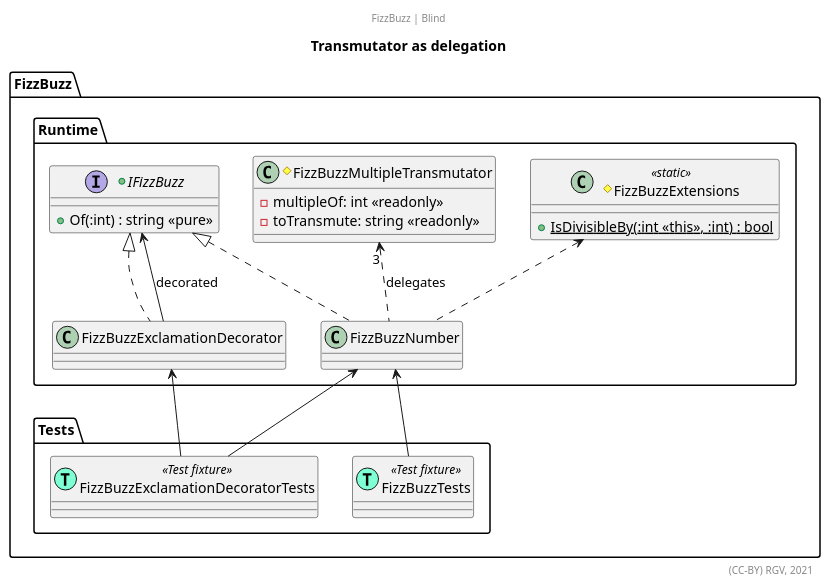
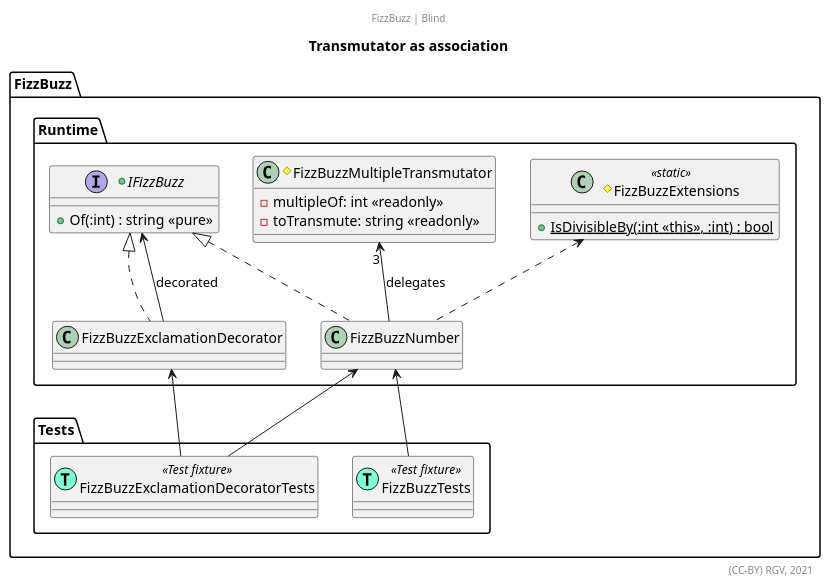
Before and after one commit to RicardoGuzmanVelasco/TDDpraxis: the diagram in Assets/FizzBuzz/Documentation~/Relationships.puml, drawn with PlantUML. The commit also changed 3 other files, not shown here.

Commit message:
FizzBuzz | Blind | Associaton to transmutator

```diff
--- a/Assets/FizzBuzz/Documentation~/Relationships.puml
+++ b/Assets/FizzBuzz/Documentation~/Relationships.puml
@@ -1,50 +1,50 @@
 @startuml
-title Transmutator as delegation
+title Transmutator as association
 center header FizzBuzz | Blind
 '''''''''''''
 allowmixing
 '''''''''''''
 
 namespace FizzBuzz.Runtime{
     
     #class FizzBuzzExtensions <<static>> {
         +{static}IsDivisibleBy(:int <<this>>, :int) : bool
     }
     
     +interface IFizzBuzz{
         +Of(:int) : string <<pure>>
     }
     
     #class FizzBuzzMultipleTransmutator{
         -multipleOf: int <<readonly>>
         -toTransmute: string <<readonly>>
     }
     
     class FizzBuzzNumber
     class FizzBuzzExclamationDecorator
     
     IFizzBuzz <|.. FizzBuzzNumber
     IFizzBuzz <|.. FizzBuzzExclamationDecorator
     
-    FizzBuzzNumber .u.> "3" FizzBuzzMultipleTransmutator : delegates
+    FizzBuzzNumber -u-> "3" FizzBuzzMultipleTransmutator : delegates
     
     FizzBuzzNumber .u.> FizzBuzzExtensions
     FizzBuzzExclamationDecorator -u-> IFizzBuzz : decorated
 }
 
 namespace FizzBuzz.Tests{
     
     class FizzBuzzTests <<(T, aquamarine) Test fixture>>
     class FizzBuzzExclamationDecoratorTests <<(T, aquamarine) Test fixture>>
 
     FizzBuzzTests -u-> FizzBuzz.Runtime.FizzBuzzNumber
     
     FizzBuzzExclamationDecoratorTests -u-> FizzBuzz.Runtime.FizzBuzzNumber
     FizzBuzzExclamationDecoratorTests -u-> FizzBuzz.Runtime.FizzBuzzExclamationDecorator
 }
 
 
 '''''''''''''
 '''''''''''''
 right footer (CC-BY) RGV, 2021
 @enduml
```
